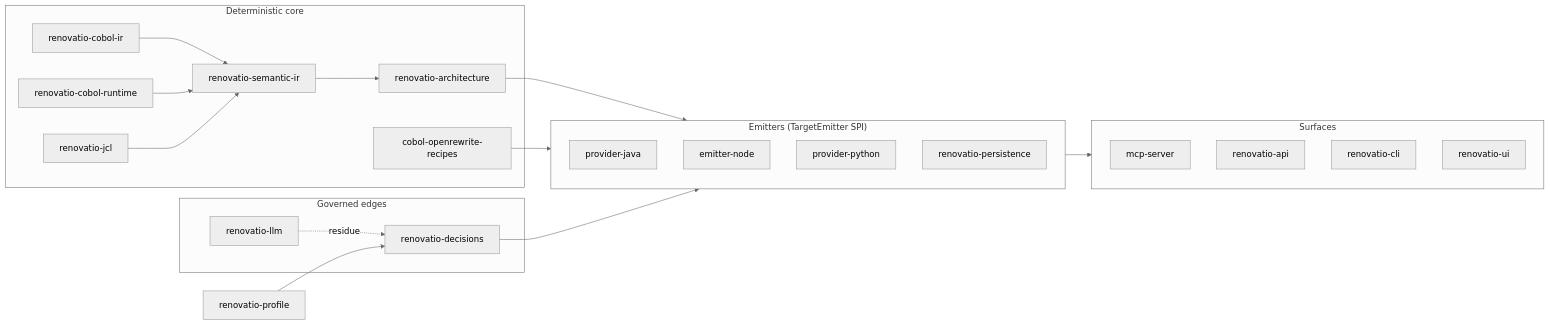
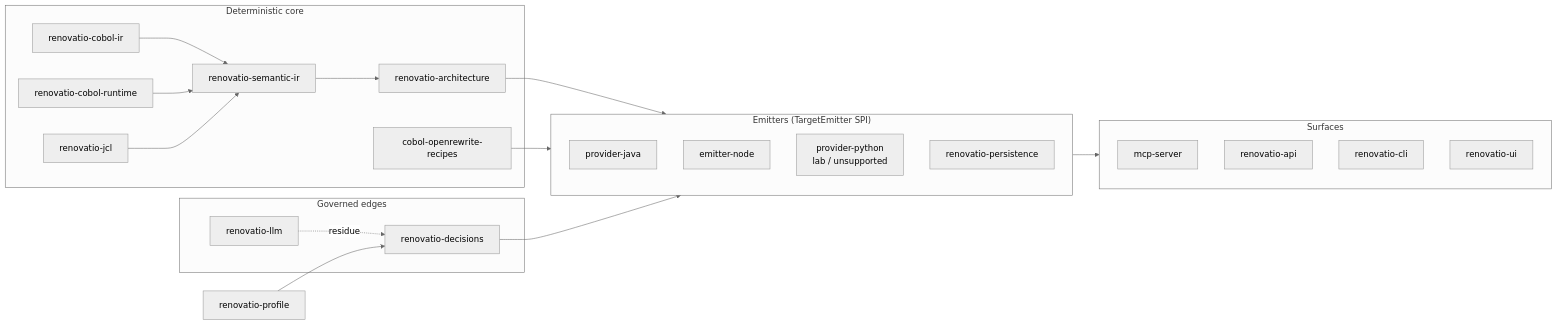
One commit to Modern-Ash/renovatio changed the second of 2 diagrams in README.md. Above: the diagram before and after it, drawn with Mermaid (neutral theme). The commit also changed other lines of this file and 35 other files, not shown here.

First line of the commit message:
docs(python): mark provider as unsupported lab (#257)

````diff
--- a/README.md
+++ b/README.md
@@ -94,37 +97,37 @@
 ```mermaid
 flowchart LR
     subgraph edges["Governed edges"]
         LLM["renovatio-llm"]
         DEC["renovatio-decisions"]
     end
     subgraph core["Deterministic core"]
         CIR["renovatio-cobol-ir"]
         RT["renovatio-cobol-runtime"]
         SIR["renovatio-semantic-ir"]
         JCL["renovatio-jcl"]
         ARC["renovatio-architecture"]
         REC["cobol-openrewrite-recipes"]
     end
     subgraph emit["Emitters (TargetEmitter SPI)"]
         J["provider-java"]
         N["emitter-node"]
-        PY["provider-python"]
+        PY["provider-python<br/>lab / unsupported"]
         PERS["renovatio-persistence"]
     end
     subgraph surface["Surfaces"]
         MCP["mcp-server"]
         API["renovatio-api"]
         CLI["renovatio-cli"]
         UI["renovatio-ui"]
     end
 
     CIR --> SIR
     RT --> SIR
     JCL --> SIR
     SIR --> ARC --> emit
     REC --> emit
     DEC --> emit
     LLM -. residue .-> DEC
     emit --> surface
     PROF["renovatio-profile"] --> DEC
 ```
````
